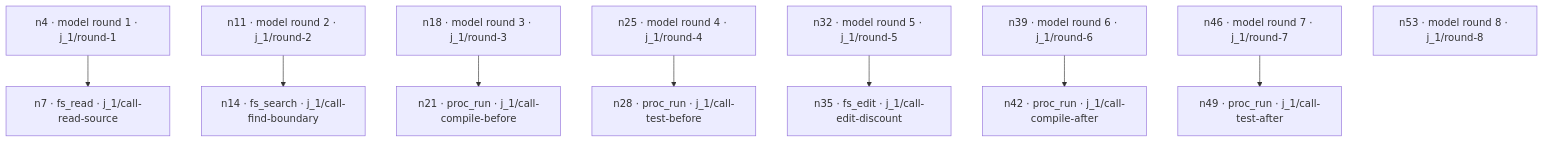
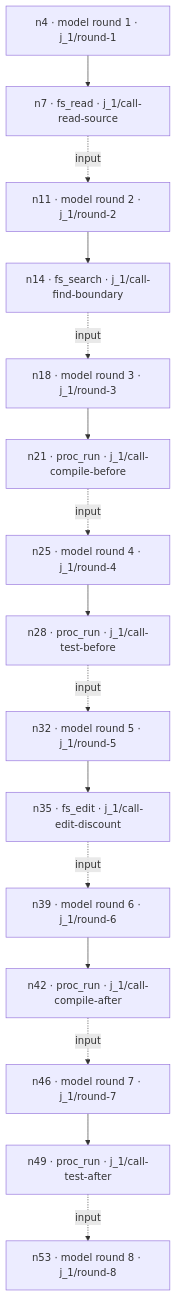
Before and after one commit to yabaninai/raider: the diagram in docs/user-guide-lineage.md, drawn with Mermaid. The commit also changed other lines of this file and 2 other files, not shown here.

````diff
--- a/docs/user-guide-lineage.md
+++ b/docs/user-guide-lineage.md
@@ -52,11 +52,18 @@
 ```mermaid
 graph TD
   M1["n4 · model round 1 · j_1/round-1"] --> T1["n7 · fs_read · j_1/call-read-source"]
   M2["n11 · model round 2 · j_1/round-2"] --> T2["n14 · fs_search · j_1/call-find-boundary"]
   M3["n18 · model round 3 · j_1/round-3"] --> T3["n21 · proc_run · j_1/call-compile-before"]
   M4["n25 · model round 4 · j_1/round-4"] --> T4["n28 · proc_run · j_1/call-test-before"]
   M5["n32 · model round 5 · j_1/round-5"] --> T5["n35 · fs_edit · j_1/call-edit-discount"]
   M6["n39 · model round 6 · j_1/round-6"] --> T6["n42 · proc_run · j_1/call-compile-after"]
   M7["n46 · model round 7 · j_1/round-7"] --> T7["n49 · proc_run · j_1/call-test-after"]
   M8["n53 · model round 8 · j_1/round-8"]
+  T1 -. input .-> M2
+  T2 -. input .-> M3
+  T3 -. input .-> M4
+  T4 -. input .-> M5
+  T5 -. input .-> M6
+  T6 -. input .-> M7
+  T7 -. input .-> M8
 ```
````
